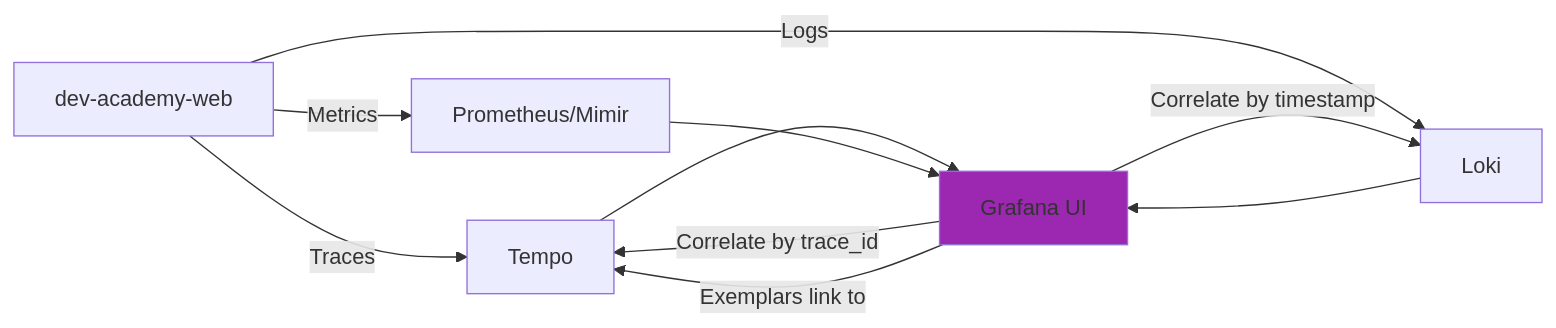
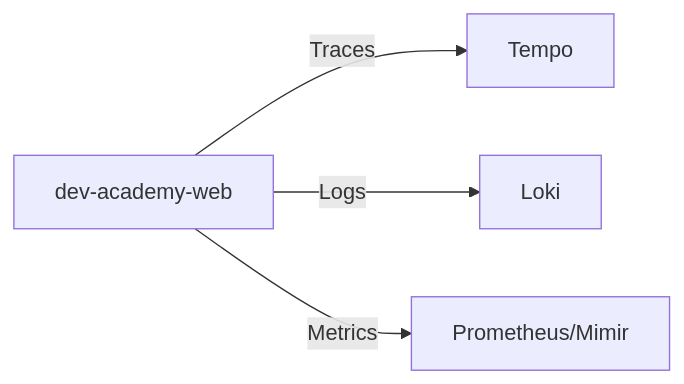
The fifth of 5 diagrams in doc/opentelemetry_architecture.md (3DHDSoft/devmultiplier-academy), drawn with Mermaid before and after one commit. The commit also changed other lines of this file and 19 other files, not shown here.

````diff
--- a/doc/opentelemetry_architecture.md
+++ b/doc/opentelemetry_architecture.md
@@ -593,16 +593,16 @@
 ```mermaid
 graph LR
     A[dev-academy-web] -->|Traces| B[Tempo]
     A -->|Logs| C[Loki]
     A -->|Metrics| D[Prometheus/Mimir]
-
+%%{init: {'theme': 'default'
     B --> E[Grafana UI]
     C --> E
     D --> E
 
     E -->|Correlate by trace_id| B
     E -->|Correlate by timestamp| C
     E -->|Exemplars link to| B
 
     style E fill:#9C27B0
 ```
````
